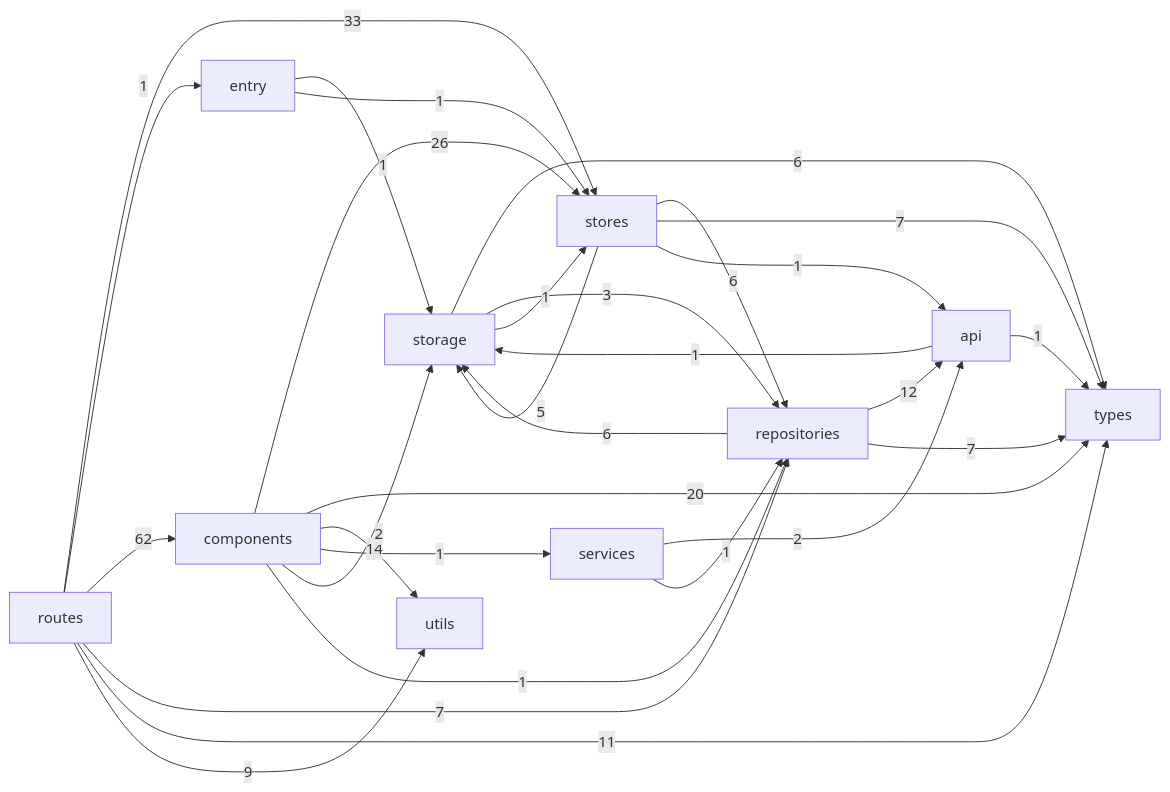
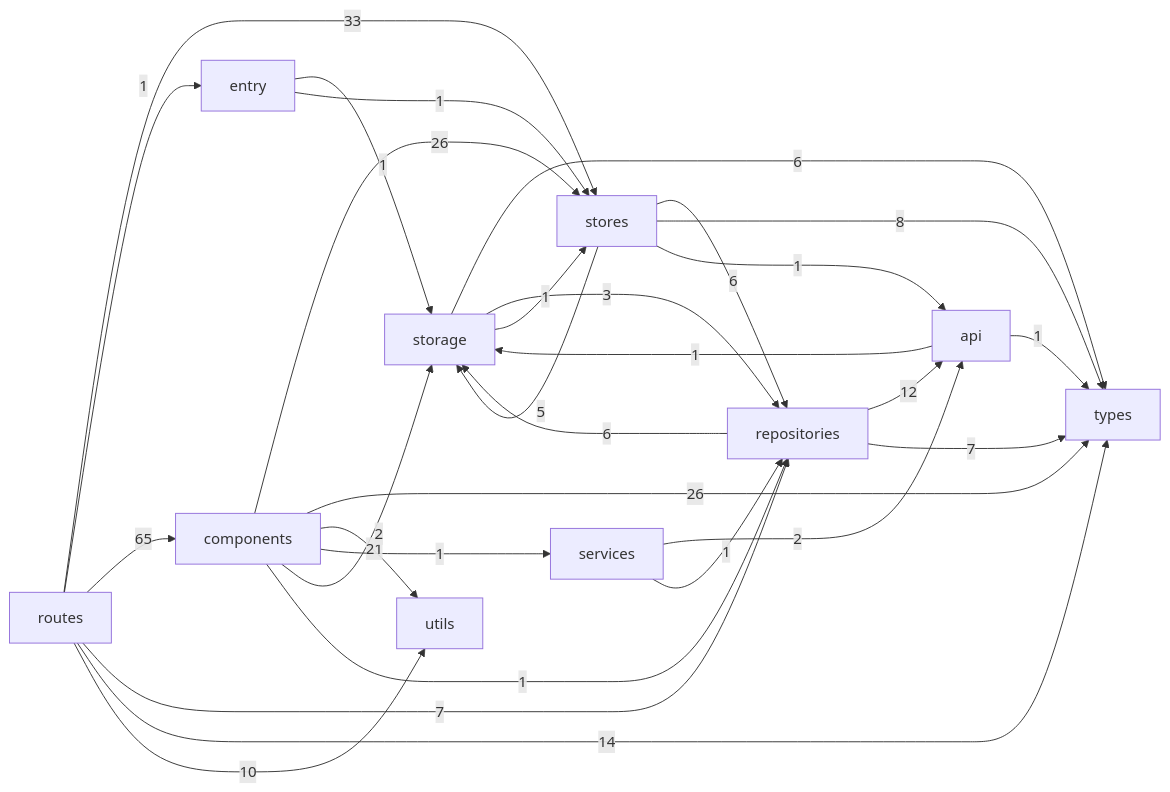
One commit to surajfale/notes-tasks changed the second of 2 diagrams in docs/CODEBASE_GRAPH.md. Above: the diagram before and after it, drawn with Mermaid. The commit also changed other lines of this file and 28 other files, not shown here.

````diff
--- a/docs/CODEBASE_GRAPH.md
+++ b/docs/CODEBASE_GRAPH.md
@@ -49,31 +49,31 @@
 ```mermaid
 flowchart LR
     entry["entry"] -->|1| storage["storage"]
     entry["entry"] -->|1| stores["stores"]
     api["api"] -->|1| storage["storage"]
     api["api"] -->|1| types["types"]
     components["components"] -->|26| stores["stores"]
-    components["components"] -->|20| types["types"]
-    components["components"] -->|14| utils["utils"]
+    components["components"] -->|26| types["types"]
+    components["components"] -->|21| utils["utils"]
     components["components"] -->|1| services["services"]
     components["components"] -->|2| storage["storage"]
     components["components"] -->|1| repositories["repositories"]
     repositories["repositories"] -->|12| api["api"]
     repositories["repositories"] -->|7| types["types"]
     repositories["repositories"] -->|6| storage["storage"]
     services["services"] -->|2| api["api"]
     services["services"] -->|1| repositories["repositories"]
     storage["storage"] -->|6| types["types"]
     storage["storage"] -->|3| repositories["repositories"]
     storage["storage"] -->|1| stores["stores"]
     stores["stores"] -->|6| repositories["repositories"]
     stores["stores"] -->|5| storage["storage"]
-    stores["stores"] -->|7| types["types"]
+    stores["stores"] -->|8| types["types"]
     stores["stores"] -->|1| api["api"]
     routes["routes"] -->|33| stores["stores"]
     routes["routes"] -->|1| entry["entry"]
-    routes["routes"] -->|62| components["components"]
+    routes["routes"] -->|65| components["components"]
     routes["routes"] -->|7| repositories["repositories"]
-    routes["routes"] -->|11| types["types"]
-    routes["routes"] -->|9| utils["utils"]
+    routes["routes"] -->|14| types["types"]
+    routes["routes"] -->|10| utils["utils"]
 ```
````
